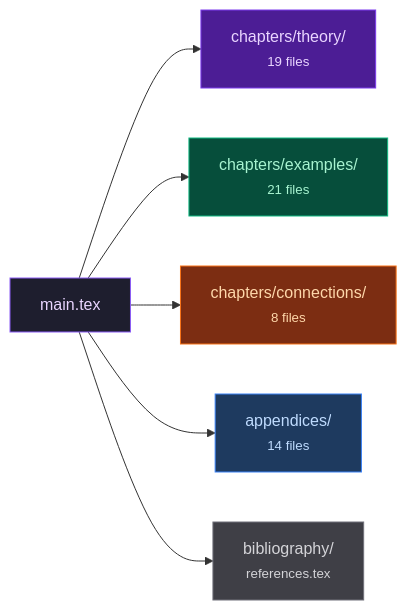
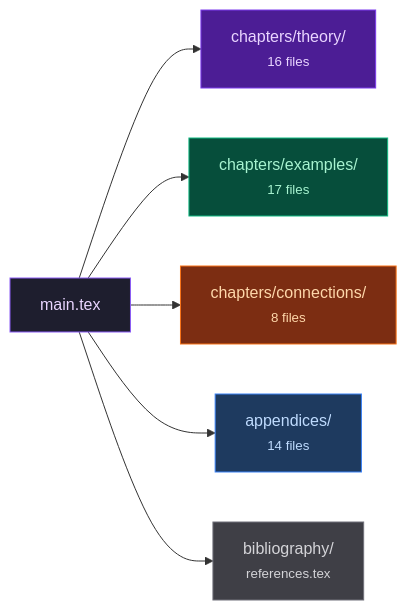
One commit to raeez/chiral-bar-cobar changed the second of 2 diagrams in README.md. Above: the diagram before and after it, drawn with Mermaid. The commit also changed other lines of this file and 1 other file, not shown here.

````diff
--- a/README.md
+++ b/README.md
@@ -106,15 +106,15 @@
 ```mermaid
 graph LR
-    M["main.tex"] --> T["chapters/theory/<br/><small>19 files</small>"]
-    M --> X["chapters/examples/<br/><small>21 files</small>"]
+    M["main.tex"] --> T["chapters/theory/<br/><small>16 files</small>"]
+    M --> X["chapters/examples/<br/><small>17 files</small>"]
     M --> CN["chapters/connections/<br/><small>8 files</small>"]
     M --> AP["appendices/<br/><small>14 files</small>"]
     M --> BIB["bibliography/<br/><small>references.tex</small>"]
 
     style M fill:#1e1e2e,stroke:#8B5CF6,color:#E9D5FF
     style T fill:#4C1D95,stroke:#7C3AED,color:#E9D5FF
     style X fill:#064E3B,stroke:#10B981,color:#A7F3D0
     style CN fill:#7C2D12,stroke:#F97316,color:#FED7AA
     style AP fill:#1E3A5F,stroke:#3B82F6,color:#BFDBFE
     style BIB fill:#3F3F46,stroke:#71717A,color:#D4D4D8
 ```
````
